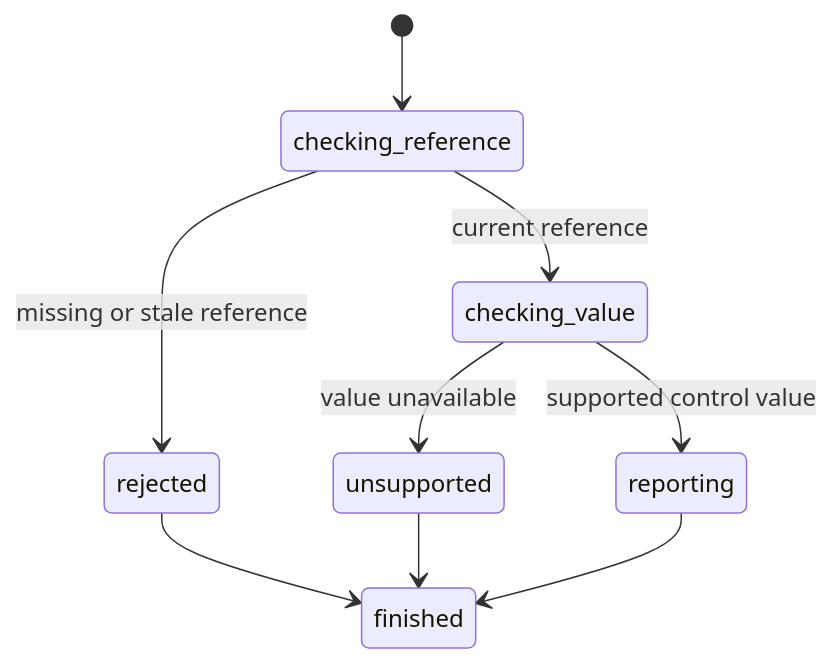
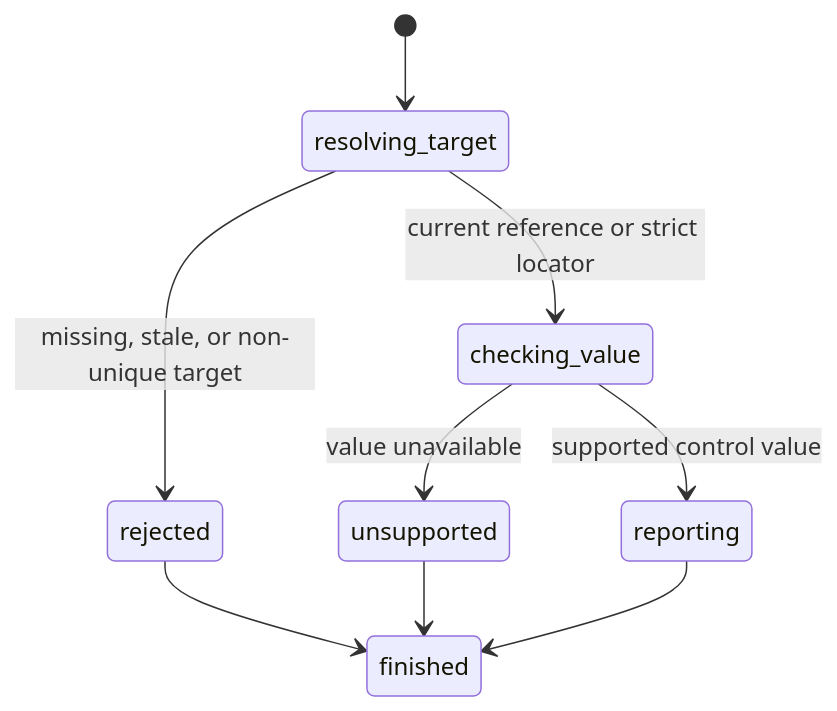
The diagram in inspection/read-value.md (thoriqakbar0/browser.jr), drawn with Mermaid before and after one commit. The commit also changed other lines of this file and 45 other files, not shown here.

````diff
--- a/inspection/read-value.md
+++ b/inspection/read-value.md
@@ -21,11 +21,11 @@
 ```mermaid
 stateDiagram-v2
-    [*] --> checking_reference
-    checking_reference --> rejected : missing or stale reference
-    checking_reference --> checking_value : current reference
+    [*] --> resolving_target
+    resolving_target --> rejected : missing, stale, or non-unique target
+    resolving_target --> checking_value : current reference or strict locator
     checking_value --> unsupported : value unavailable
     checking_value --> reporting : supported control value
     reporting --> finished
     rejected --> finished
     unsupported --> finished
 ```
````
